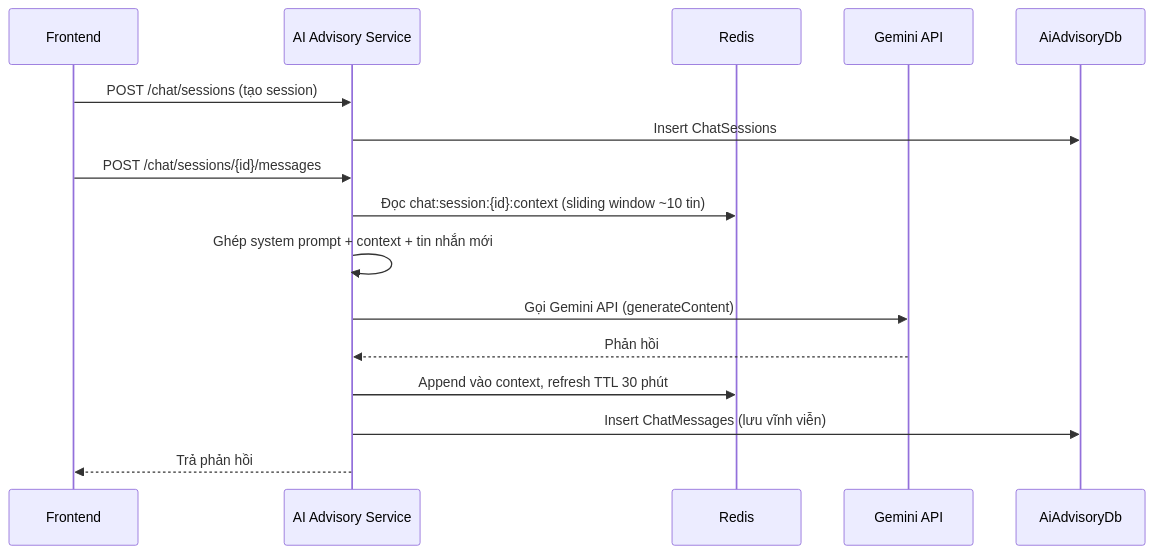
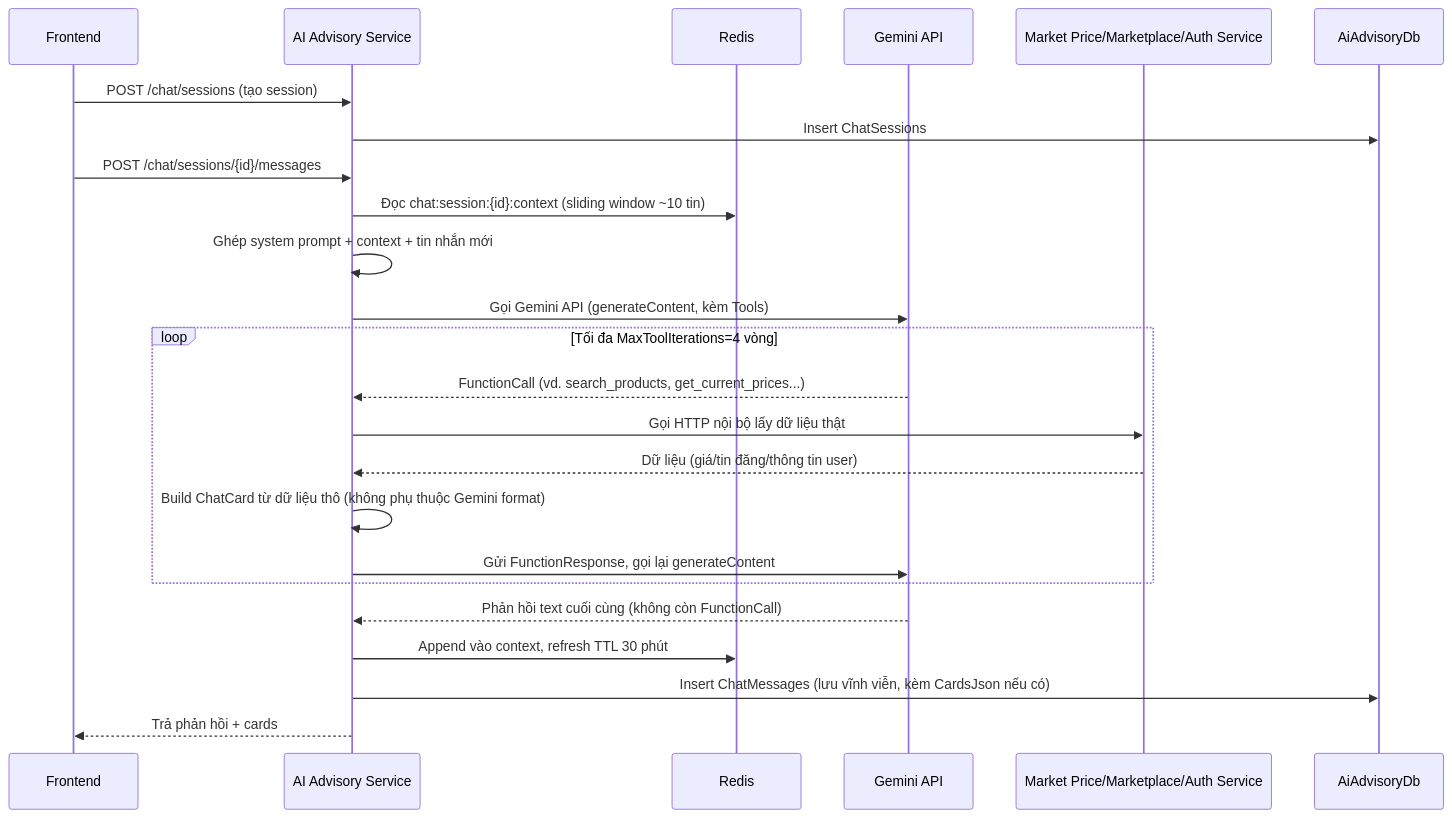
One commit to Flakes23/HappyFarmer changed the diagram in docs/architecture/data-flows/ai-chatbot-flow.md. Above: the diagram before and after it, drawn with Mermaid. The commit also changed other lines of this file and 6 other files, not shown here.

````diff
--- a/docs/architecture/data-flows/ai-chatbot-flow.md
+++ b/docs/architecture/data-flows/ai-chatbot-flow.md
@@ -7,19 +7,27 @@
 ```mermaid
 sequenceDiagram
   participant FE as Frontend
   participant AI as AI Advisory Service
   participant R as Redis
   participant G as Gemini API
+  participant SVC as Market Price/Marketplace/Auth Service
   participant DB as AiAdvisoryDb
 
   FE->>AI: POST /chat/sessions (tạo session)
   AI->>DB: Insert ChatSessions
   FE->>AI: POST /chat/sessions/{id}/messages
   AI->>R: Đọc chat:session:{id}:context (sliding window ~10 tin)
   AI->>AI: Ghép system prompt + context + tin nhắn mới
-  AI->>G: Gọi Gemini API (generateContent)
-  G-->>AI: Phản hồi
+  AI->>G: Gọi Gemini API (generateContent, kèm Tools)
+  loop Tối đa MaxToolIterations=4 vòng
+    G-->>AI: FunctionCall (vd. search_products, get_current_prices...)
+    AI->>SVC: Gọi HTTP nội bộ lấy dữ liệu thật
+    SVC-->>AI: Dữ liệu (giá/tin đăng/thông tin user)
+    AI->>AI: Build ChatCard từ dữ liệu thô (không phụ thuộc Gemini format)
+    AI->>G: Gửi FunctionResponse, gọi lại generateContent
+  end
+  G-->>AI: Phản hồi text cuối cùng (không còn FunctionCall)
   AI->>R: Append vào context, refresh TTL 30 phút
-  AI->>DB: Insert ChatMessages (lưu vĩnh viễn)
-  AI-->>FE: Trả phản hồi
+  AI->>DB: Insert ChatMessages (lưu vĩnh viễn, kèm CardsJson nếu có)
+  AI-->>FE: Trả phản hồi + cards
 ```
````
